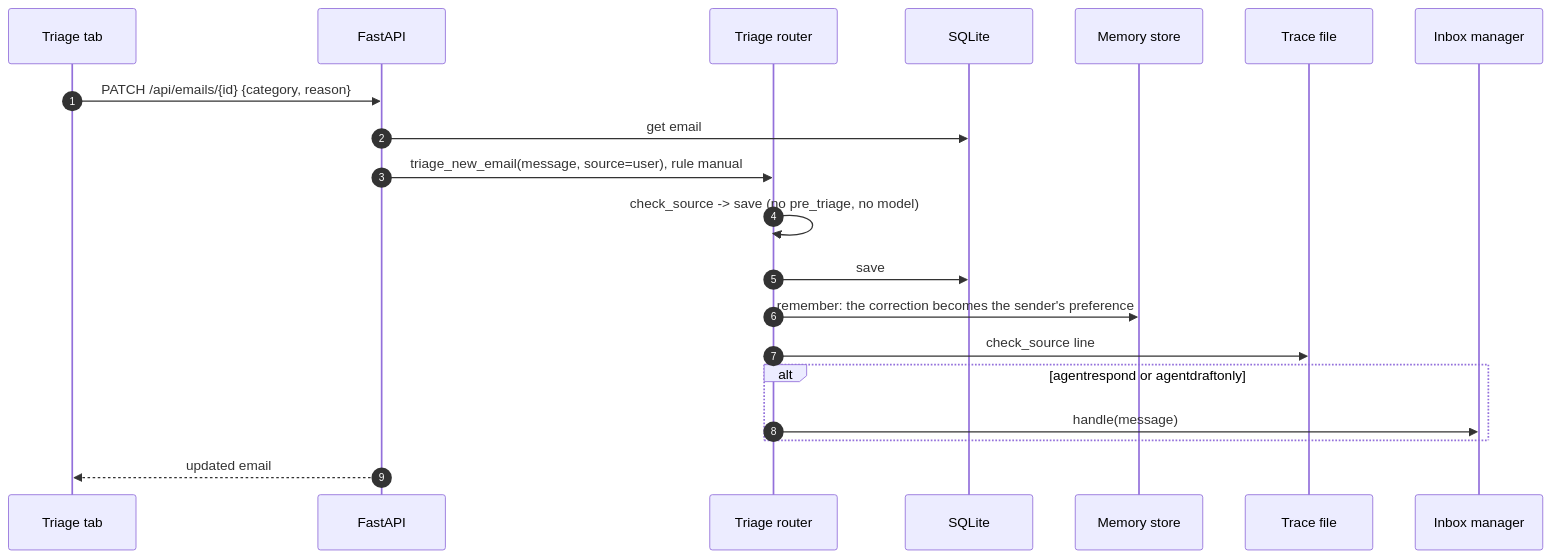
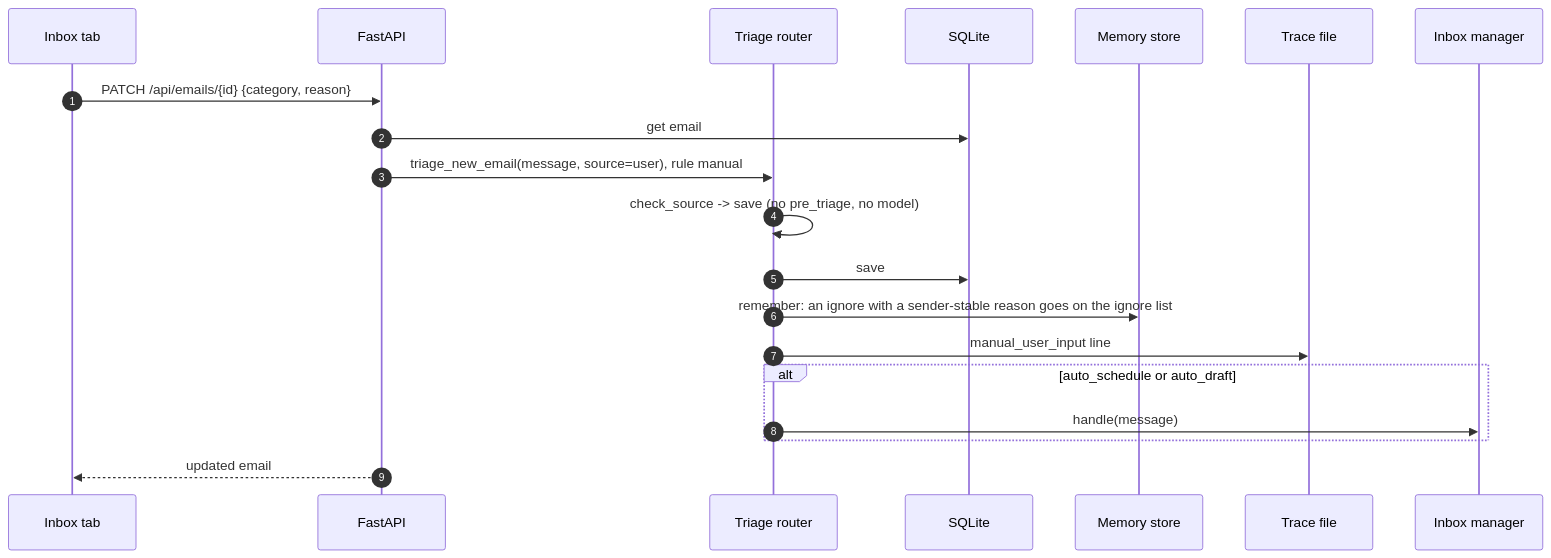
Before and after one commit to divakarmudunuri/MailboxPersonalAssistant: the diagram in docs/diagrams/seq-manual-save.mmd, drawn with Mermaid. The commit also changed 59 other files, not shown here.

```diff
--- a/docs/diagrams/seq-manual-save.mmd
+++ b/docs/diagrams/seq-manual-save.mmd
@@ -1,21 +1,21 @@
 sequenceDiagram
     autonumber
-    participant UI as Triage tab
+    participant UI as Inbox tab
     participant API as FastAPI
     participant R as Triage router
     participant DB as SQLite
     participant Mem as Memory store
     participant T as Trace file
     participant M as Inbox manager
 
     UI->>API: PATCH /api/emails/{id} {category, reason}
     API->>DB: get email
     API->>R: triage_new_email(message, source=user), rule manual
     R->>R: check_source -> save (no pre_triage, no model)
     R->>DB: save
-    R->>Mem: remember: the correction becomes the sender's preference
-    R->>T: check_source line
-    alt agentrespond or agentdraftonly
+    R->>Mem: remember: an ignore with a sender-stable reason goes on the ignore list
+    R->>T: manual_user_input line
+    alt auto_schedule or auto_draft
         R->>M: handle(message)
     end
     API-->>UI: updated email
```
